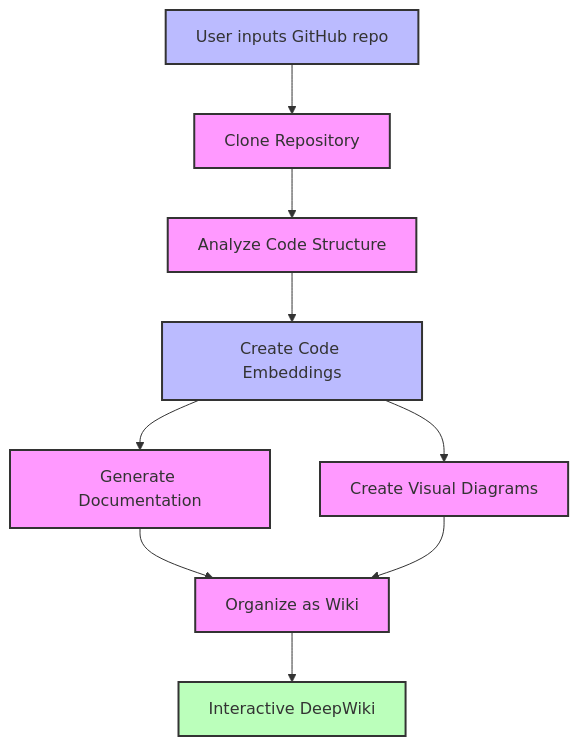
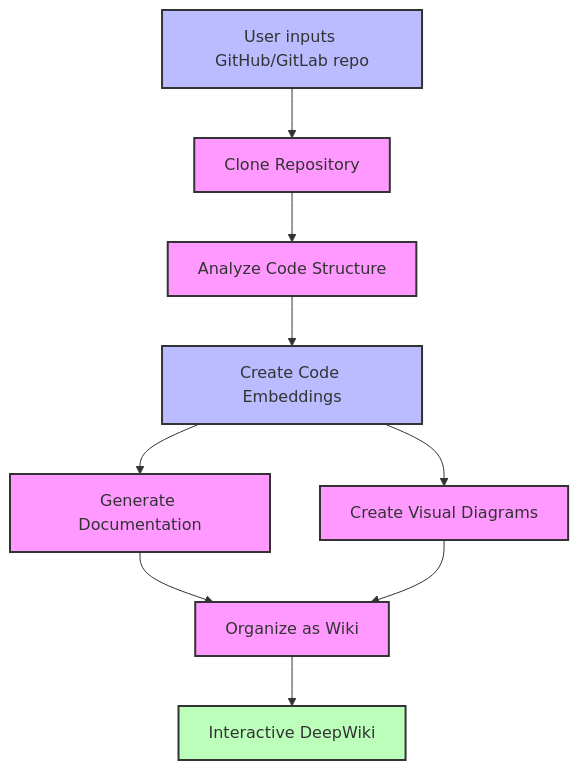
One commit to zhlhaohao/deepwiki-open changed the diagram in README.md. Above: the diagram before and after it, drawn with Mermaid. The commit also changed other lines of this file and 3 other files, not shown here.

````diff
--- a/README.md
+++ b/README.md
@@ -91,19 +91,19 @@
 ```mermaid
 graph TD
-    A[User inputs GitHub repo] --> B[Clone Repository]
+    A[User inputs GitHub/GitLab repo] --> B[Clone Repository]
     B --> C[Analyze Code Structure]
     C --> D[Create Code Embeddings]
     D --> E[Generate Documentation]
     D --> F[Create Visual Diagrams]
     E --> G[Organize as Wiki]
     F --> G
     G --> H[Interactive DeepWiki]
 
     classDef process fill:#f9f,stroke:#333,stroke-width:2px;
     classDef data fill:#bbf,stroke:#333,stroke-width:2px;
     classDef result fill:#bfb,stroke:#333,stroke-width:2px;
 
     class A,D data;
     class B,C,E,F,G process;
     class H result;
 ```
````
